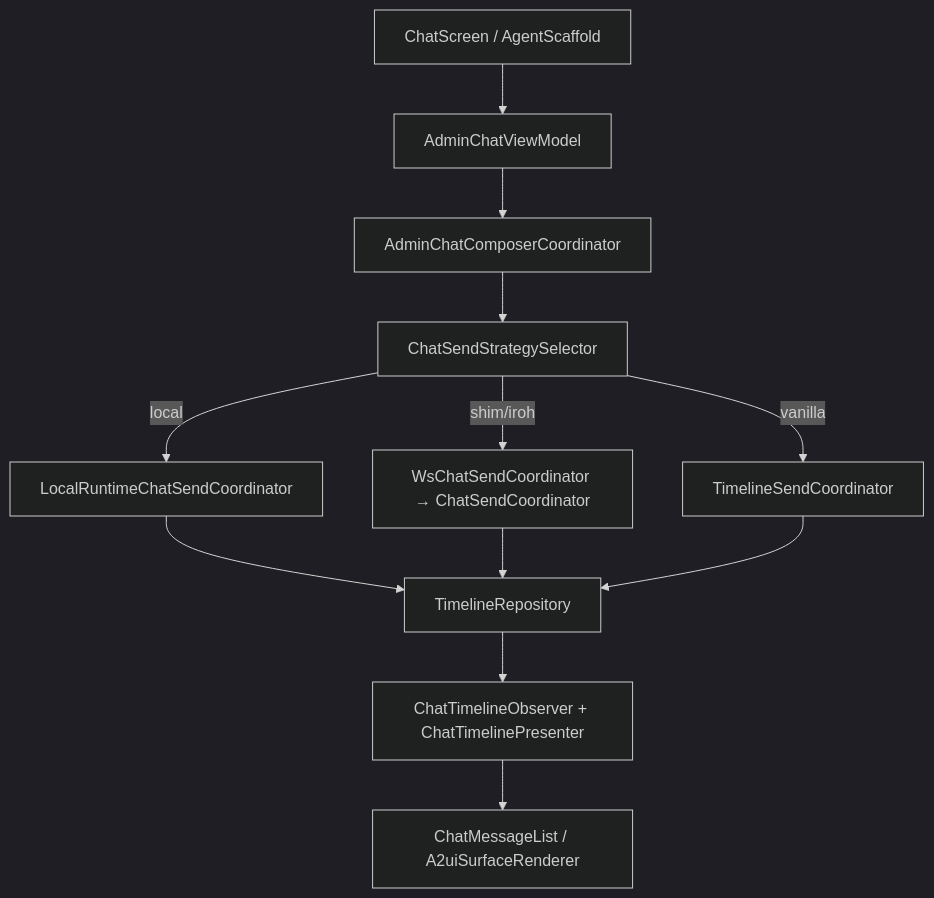
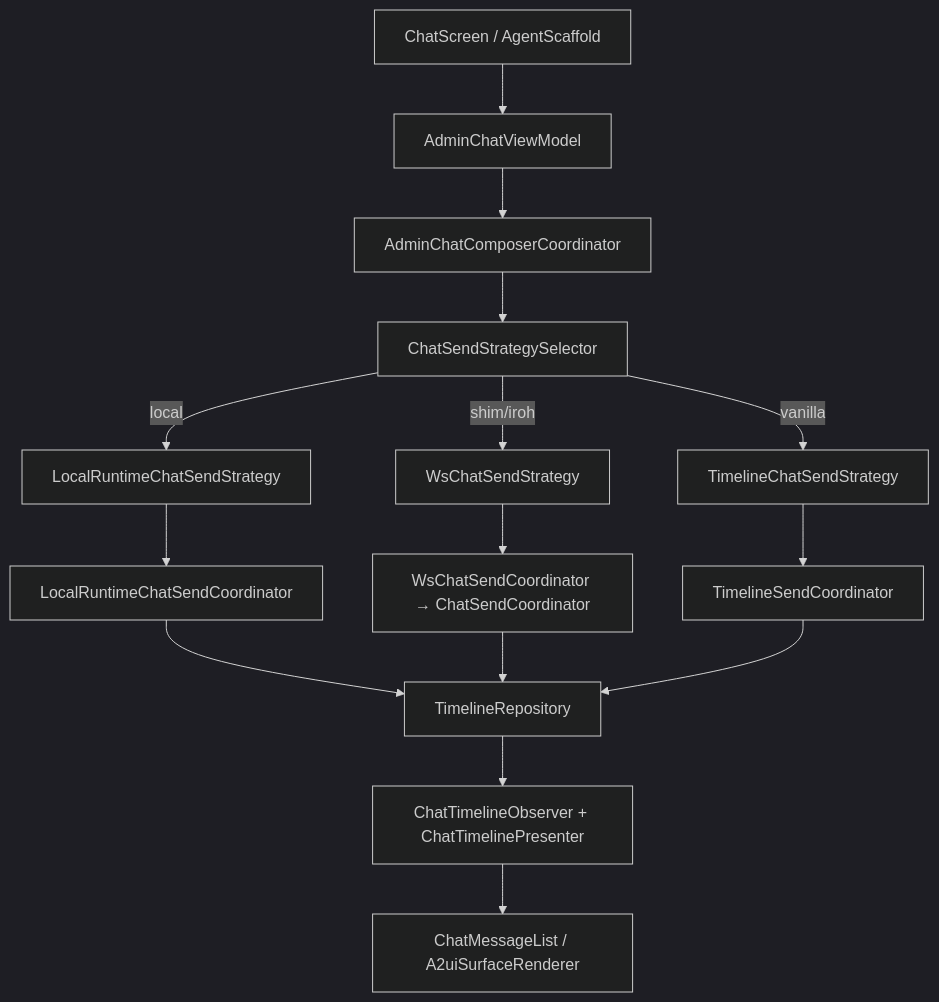
One commit to oculairmedia/letta-mobile changed the second of 3 diagrams in docs/architecture/logical-fallacy-boundary-audit.md. Above: the diagram before and after it, drawn with Mermaid (dark theme). The commit also changed other lines of this file, not shown here.

First line of the commit message:
docs(architecture): fix Bugbot findings in boundary audit

````diff
--- a/docs/architecture/logical-fallacy-boundary-audit.md
+++ b/docs/architecture/logical-fallacy-boundary-audit.md
@@ -462,14 +467,17 @@
 ```mermaid
 flowchart TD
   UI["ChatScreen / AgentScaffold"] --> VM["AdminChatViewModel"]
   VM --> COMP["AdminChatComposerCoordinator"]
   COMP --> SEL["ChatSendStrategySelector"]
-  SEL -->|local| LOC["LocalRuntimeChatSendCoordinator"]
-  SEL -->|shim/iroh| WS["WsChatSendCoordinator → ChatSendCoordinator"]
-  SEL -->|vanilla| TL["TimelineSendCoordinator"]
+  SEL -->|local| LS["LocalRuntimeChatSendStrategy"]
+  SEL -->|shim/iroh| WS_S["WsChatSendStrategy"]
+  SEL -->|vanilla| TS["TimelineChatSendStrategy"]
+  LS --> LOC["LocalRuntimeChatSendCoordinator"]
+  WS_S --> WS["WsChatSendCoordinator → ChatSendCoordinator"]
+  TS --> TL["TimelineSendCoordinator"]
   LOC --> TR["TimelineRepository"]
   WS --> TR
   TL --> TR
   TR --> OBS["ChatTimelineObserver + ChatTimelinePresenter"]
   OBS --> LIST["ChatMessageList / A2uiSurfaceRenderer"]
 ```
````
